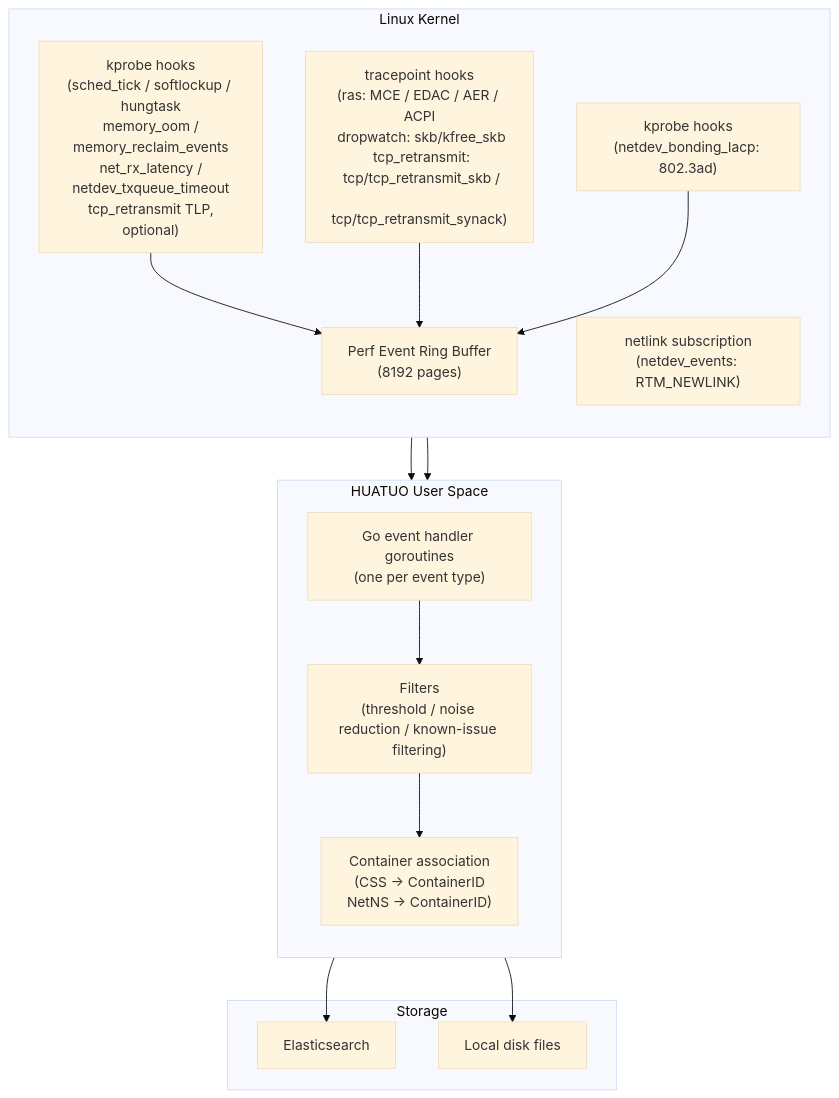
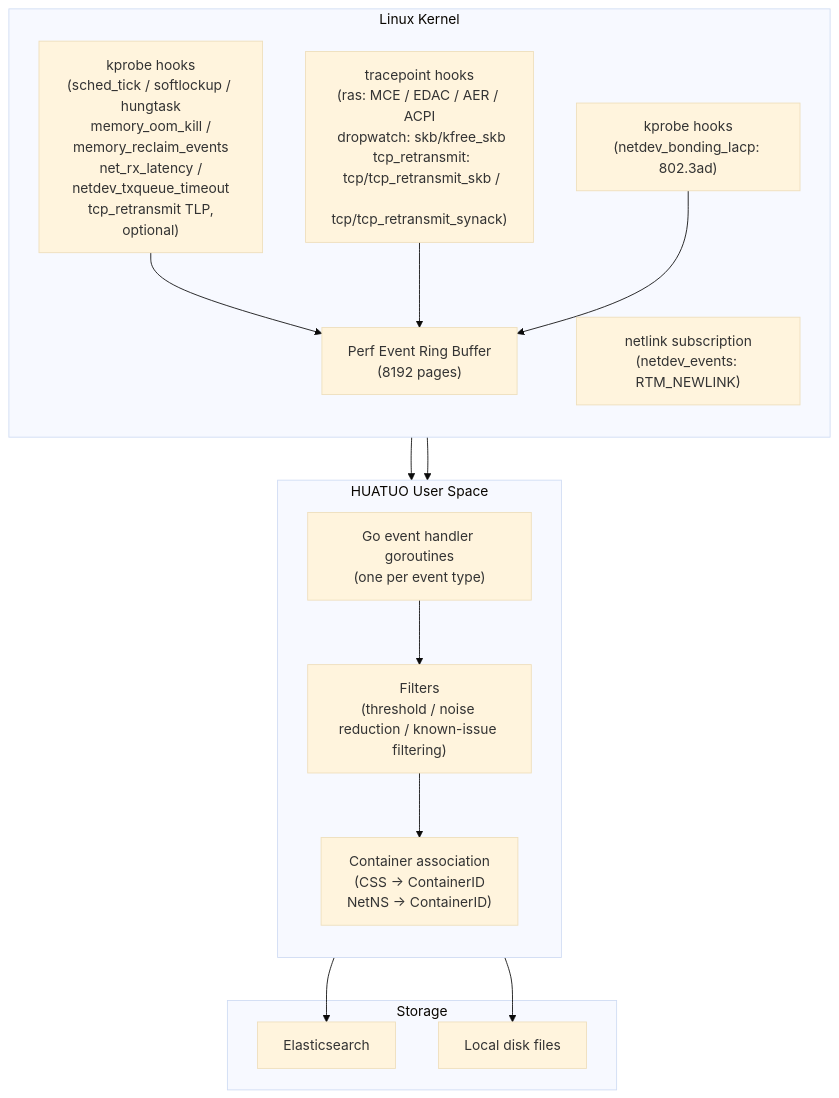
The first of 2 diagrams in docs/key-feature/instant-observability_en.md (ccfos/huatuo), drawn with Mermaid (base theme) before and after one commit. The commit also changed other lines of this file and 12 other files, not shown here.

First line of the commit message:
refactor(events): name kernel OOM kills explicitly

````diff
--- a/docs/key-feature/instant-observability_en.md
+++ b/docs/key-feature/instant-observability_en.md
@@ -524,33 +524,33 @@
 ```mermaid
 graph TB
     subgraph "Linux Kernel"
         direction TB
-        K1["kprobe hooks\n(sched_tick / softlockup / hungtask\n memory_oom / memory_reclaim_events\n net_rx_latency / netdev_txqueue_timeout\n tcp_retransmit TLP, optional)"]
+        K1["kprobe hooks\n(sched_tick / softlockup / hungtask\n memory_oom_kill / memory_reclaim_events\n net_rx_latency / netdev_txqueue_timeout\n tcp_retransmit TLP, optional)"]
         K2["tracepoint hooks\n(ras: MCE / EDAC / AER / ACPI\n dropwatch: skb/kfree_skb\n tcp_retransmit:\n tcp/tcp_retransmit_skb /\n tcp/tcp_retransmit_synack)"]
         K3["netlink subscription\n(netdev_events: RTM_NEWLINK)"]
         K4["kprobe hooks\n(netdev_bonding_lacp: 802.3ad)"]
         PEB["Perf Event Ring Buffer\n(8192 pages)"]
     end
 
     subgraph "HUATUO User Space"
         direction TB
         EH["Go event handler goroutines\n(one per event type)"]
         CF["Filters\n(threshold / noise reduction / known-issue filtering)"]
         CM["Container association\n(CSS → ContainerID\n NetNS → ContainerID)"]
     end
 
     subgraph "Storage"
         ES["Elasticsearch"]
         DISK["Local disk files"]
     end
 
     K1 --> PEB
     K2 --> PEB
     K4 --> PEB
     PEB --> EH
     K3 --> EH
     EH --> CF
     CF --> CM
     CM --> ES
     CM --> DISK
 ```
````
